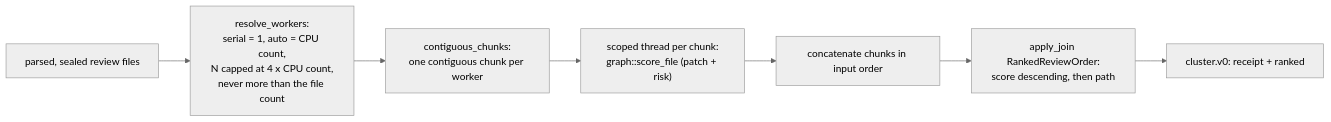
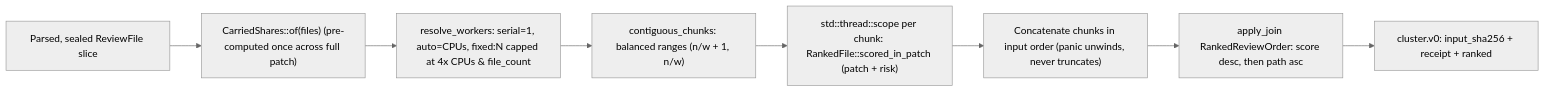
Before and after one commit to Louranicas/deep-diff-forge: the first of 2 diagrams in docs/CHAINING_AND_CLUSTERING.md, drawn with Mermaid (neutral theme). The commit also changed other lines of this file and 36 other files, not shown here.

First line of the commit message:
docs: comprehensive v0.11.0 documentation and schematics overhaul

````diff
--- a/docs/CHAINING_AND_CLUSTERING.md
+++ b/docs/CHAINING_AND_CLUSTERING.md
@@ -152,12 +114,13 @@
 ```mermaid
 flowchart LR
-    Files["parsed, sealed review files"]
-    Workers["resolve_workers:<br/>serial = 1, auto = CPU count,<br/>N capped at 4 x CPU count,<br/>never more than the file count"]
-    Chunks["contiguous_chunks:<br/>one contiguous chunk per worker"]
-    Lane["scoped thread per chunk:<br/>graph::score_file (patch + risk)"]
-    Concat["concatenate chunks in input order"]
-    Join["apply_join RankedReviewOrder:<br/>score descending, then path"]
-    Out["cluster.v0: receipt + ranked"]
+    Files["Parsed, sealed ReviewFile slice"]
+    Shares["CarriedShares::of(files) (pre-computed once across full patch)"]
+    Workers["resolve_workers: serial=1, auto=CPUs, fixed:N capped at 4x CPUs & file_count"]
+    Chunks["contiguous_chunks: balanced ranges (n/w + 1, n/w)"]
+    Lane["std::thread::scope per chunk: RankedFile::scored_in_patch (patch + risk)"]
+    Concat["Concatenate chunks in input order (panic unwinds, never truncates)"]
+    Join["apply_join RankedReviewOrder: score desc, then path asc"]
+    Out["cluster.v0: input_sha256 + receipt + ranked"]
 
-    Files --> Workers --> Chunks --> Lane --> Concat --> Join --> Out
+    Files --> Shares --> Workers --> Chunks --> Lane --> Concat --> Join --> Out
 ```
````
